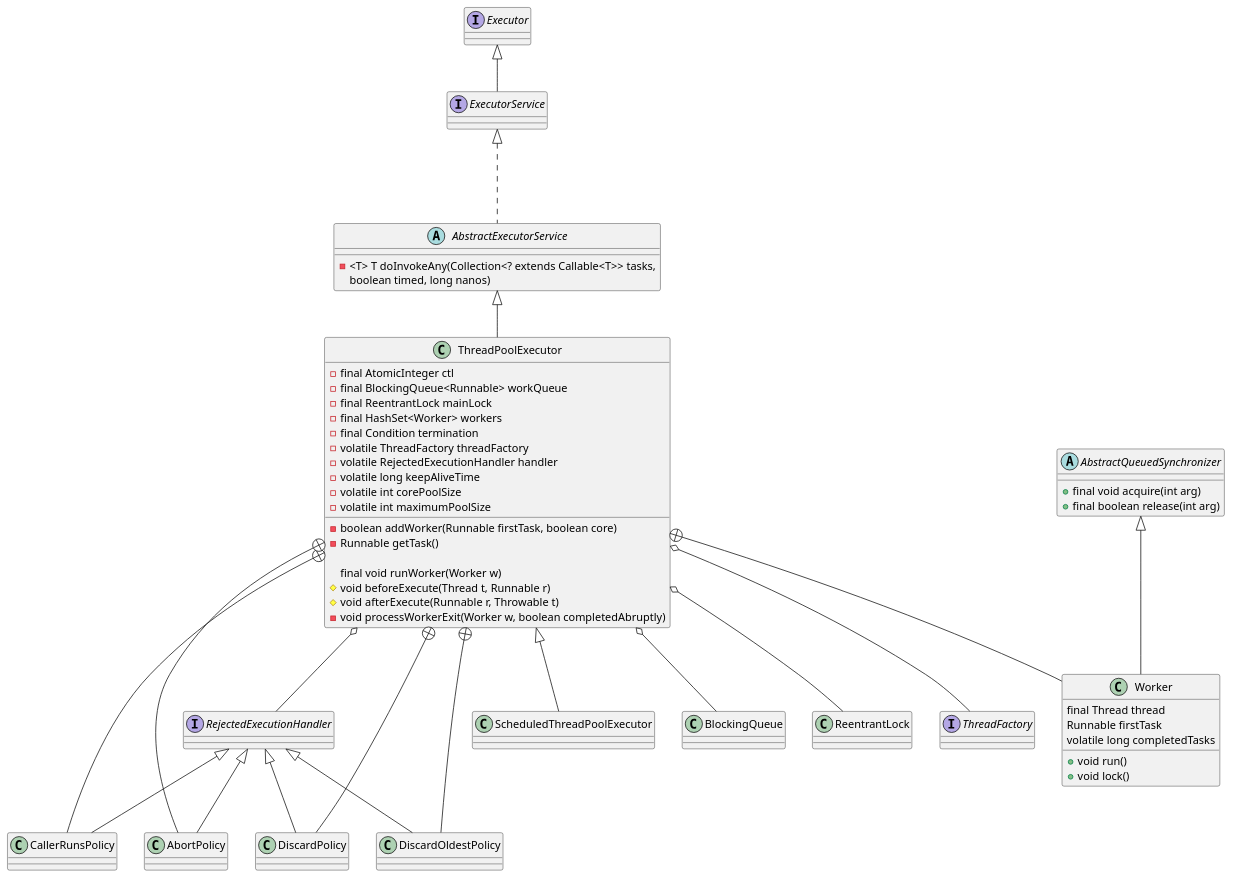
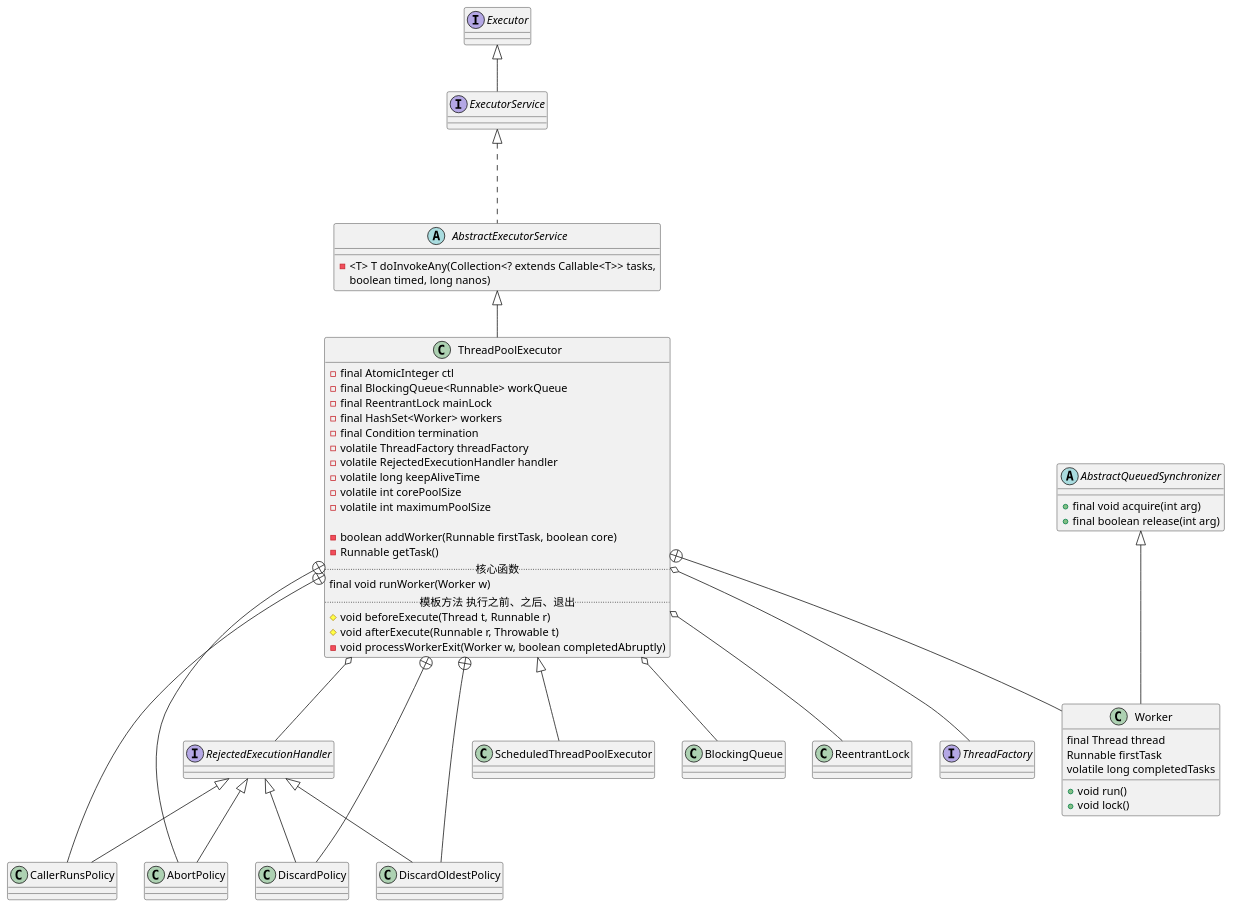
The first of 3 diagrams in 10-java/src/java/util/concurrent/ThreadPoolExecutor.md (onlyonion/development), drawn with PlantUML before and after one commit. The commit also changed other lines of this file and 33 other files, not shown here.

````diff
--- a/10-java/src/java/util/concurrent/ThreadPoolExecutor.md
+++ b/10-java/src/java/util/concurrent/ThreadPoolExecutor.md
@@ -29,79 +32,81 @@
 ```plantuml
 @startuml
 
 '''''''''''''''''''' Executor ''''''''''''''''''''
 interface Executor
 interface ExecutorService
+
 Executor <|-- ExecutorService
+ExecutorService <|-.- AbstractExecutorService
+
 abstract class AbstractExecutorService {
-
     - <T> T doInvokeAny(Collection<? extends Callable<T>> tasks,
         boolean timed, long nanos)
 }
-ExecutorService <|-.- AbstractExecutorService
 
 '''''''''''''''''''' ThreadPoolExecutor ''''''''''''''''''''
 class ThreadPoolExecutor {
     - final AtomicInteger ctl
     - final BlockingQueue<Runnable> workQueue
     - final ReentrantLock mainLock
     - final HashSet<Worker> workers
     - final Condition termination
     - volatile ThreadFactory threadFactory
     - volatile RejectedExecutionHandler handler
     - volatile long keepAliveTime
     - volatile int corePoolSize
     - volatile int maximumPoolSize
     
     - boolean addWorker(Runnable firstTask, boolean core)
     - Runnable getTask()
-    
+    .. 核心函数 ..
     final void runWorker(Worker w)
+    .. 模板方法 执行之前、之后、退出 ..
     # void beforeExecute(Thread t, Runnable r)
     # void afterExecute(Runnable r, Throwable t)
     - void processWorkerExit(Worker w, boolean completedAbruptly)
 }
 AbstractExecutorService <|-- ThreadPoolExecutor
 
 ThreadPoolExecutor o-- BlockingQueue
 ThreadPoolExecutor o-- ReentrantLock
 ThreadPoolExecutor o-- ThreadFactory
 ThreadPoolExecutor o-- RejectedExecutionHandler
 
 interface ThreadFactory
 
 '''''''''''''''''''' Worker ''''''''''''''''''''
 abstract class AbstractQueuedSynchronizer {
     + final void acquire(int arg)
     + final boolean release(int arg)
 }
 class Worker {
     final Thread thread
     Runnable firstTask
     volatile long completedTasks
     + void run()
     + void lock()
 }
 
 AbstractQueuedSynchronizer <|-- Worker
 ThreadPoolExecutor +-- Worker
 
 '''''''''''''''''''' RejectedExecutionHandler ''''''''''''''''''''
 interface RejectedExecutionHandler
 
 RejectedExecutionHandler <|-- CallerRunsPolicy
 RejectedExecutionHandler <|-- AbortPolicy
 RejectedExecutionHandler <|-- DiscardPolicy
 RejectedExecutionHandler <|-- DiscardOldestPolicy
 
 ThreadPoolExecutor +-- CallerRunsPolicy
 ThreadPoolExecutor +-- AbortPolicy
 ThreadPoolExecutor +-- DiscardPolicy
 ThreadPoolExecutor +-- DiscardOldestPolicy
 
 '''''''''''''''''''' ScheduledThreadPoolExecutor ''''''''''''''''''''
 class ScheduledThreadPoolExecutor
 ThreadPoolExecutor <|-- ScheduledThreadPoolExecutor
 
 @enduml
 ```
````
